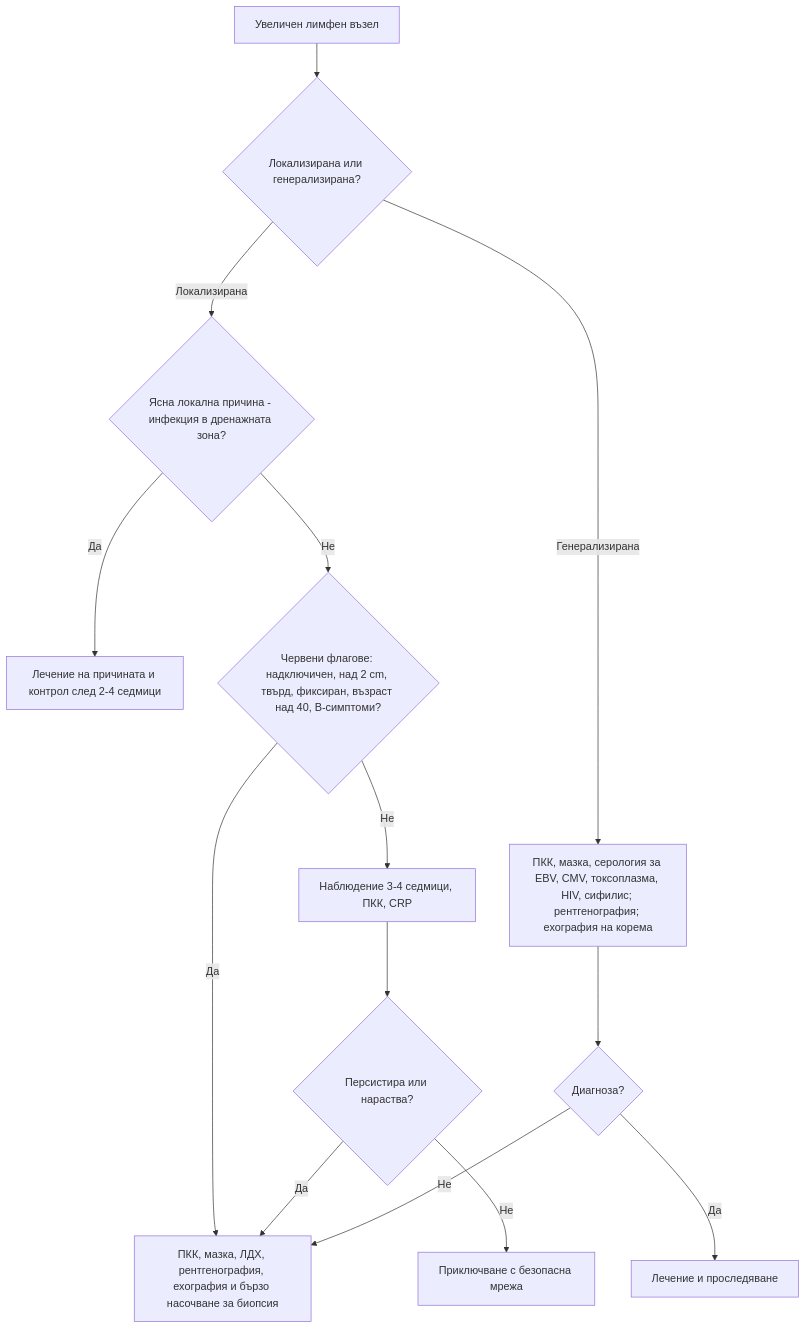
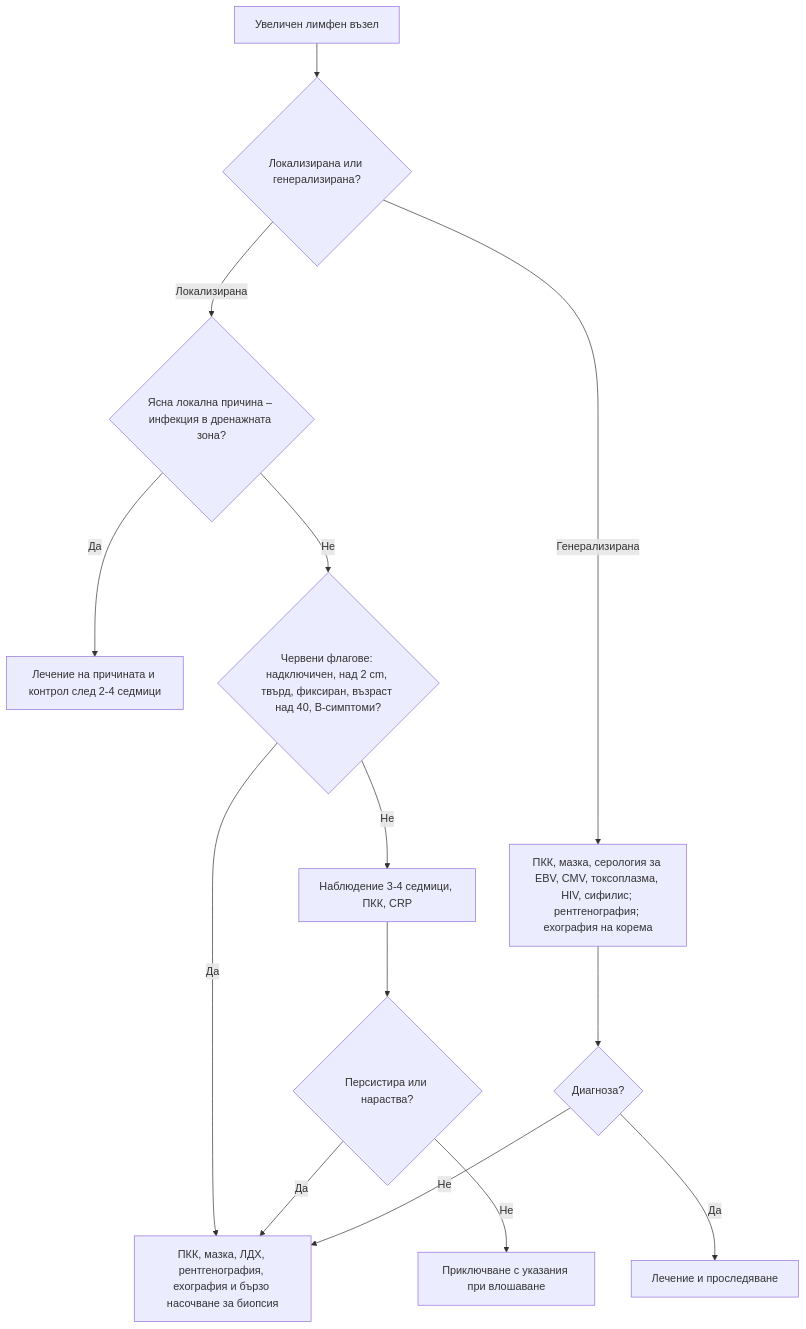
Before and after one commit to yancho26/yancho: the diagram in glavi/07-limfadenopatia.md, drawn with Mermaid. The commit also changed other lines of this file and 90 other files, not shown here.

````diff
--- a/glavi/07-limfadenopatia.md
+++ b/glavi/07-limfadenopatia.md
@@ -180,18 +180,18 @@
 ```mermaid
 flowchart TD
     accTitle: Диагностичен алгоритъм: лимфаденопатия и спленомегалия
-    accDescr: Блок-схема. Начало: Увеличен лимфен възел. Въпроси: Локализирана или генерализирана? · Ясна локална причина — инфекция в дренажната зона? · Червени флагове: надключичен, над 2 cm, твърд, фиксиран, възраст над 40, B-симптоми? · Диагноза? · Персистира или нараства? Пълното текстово описание е под схемата.
+    accDescr: Блок-схема. Начало: Увеличен лимфен възел. Въпроси: Локализирана или генерализирана? · Ясна локална причина – инфекция в дренажната зона? · Червени флагове: надключичен, над 2 cm, твърд, фиксиран, възраст над 40, B-симптоми? · Диагноза? · Персистира или нараства? Пълното текстово описание е под схемата.
     A["Увеличен лимфен възел"] --> B{"Локализирана или генерализирана?"}
-    B -->|Локализирана| C{"Ясна локална причина - инфекция в дренажната зона?"}
+    B -->|Локализирана| C{"Ясна локална причина – инфекция в дренажната зона?"}
     C -->|Да| D["Лечение на причината и контрол след 2-4 седмици"]
     C -->|Не| E{"Червени флагове: надключичен, над 2 cm, твърд, фиксиран, възраст над 40, B-симптоми?"}
     E -->|Не| F["Наблюдение 3-4 седмици, ПКК, CRP"]
     E -->|Да| G["ПКК, мазка, ЛДХ, рентгенография, ехография и бързо насочване за биопсия"]
     F --> H{"Персистира или нараства?"}
     H -->|Да| G
-    H -->|Не| I["Приключване с безопасна мрежа"]
+    H -->|Не| I["Приключване с указания при влошаване"]
     B -->|Генерализирана| J["ПКК, мазка, серология за EBV, CMV, токсоплазма, HIV, сифилис; рентгенография; ехография на корема"]
     J --> K{"Диагноза?"}
     K -->|Не| G
     K -->|Да| L["Лечение и проследяване"]
 ```
````
